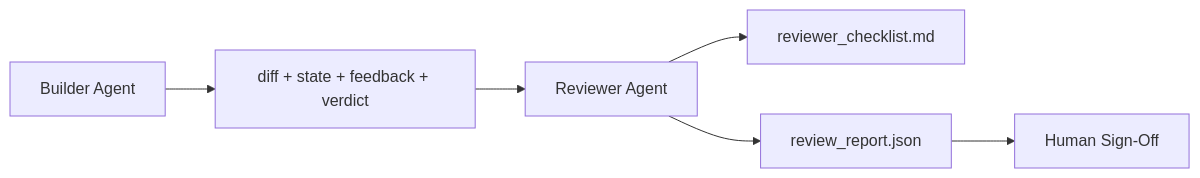
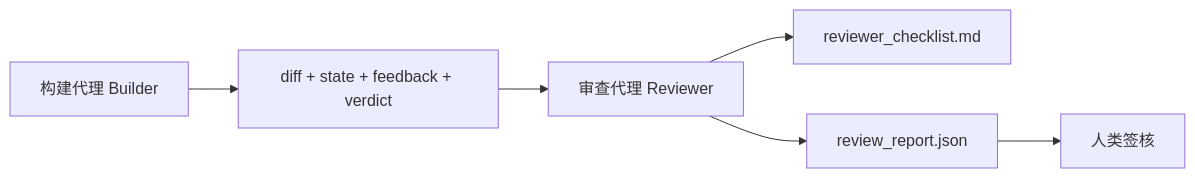
Before and after one commit to husky1102/ai-engineering-from-scratch-zh: the diagram in phases/14-agent-engineering/39-reviewer-agent/docs/zh-CN.md, drawn with Mermaid. The commit also changed other lines of this file and 4 other files, not shown here.

Commit message:
fix(phase-14/39): polish reviewer agent lesson

````diff
--- a/phases/14-agent-engineering/39-reviewer-agent/docs/zh-CN.md
+++ b/phases/14-agent-engineering/39-reviewer-agent/docs/zh-CN.md
@@ -25,8 +25,8 @@
 ```mermaid
 flowchart LR
-  Builder[Builder Agent] --> Artifacts[diff + state + feedback + verdict]
-  Artifacts --> Reviewer[Reviewer Agent]
+  Builder[构建代理 Builder] --> Artifacts[diff + state + feedback + verdict]
+  Artifacts --> Reviewer[审查代理 Reviewer]
   Reviewer --> Rubric[reviewer_checklist.md]
   Reviewer --> Report[review_report.json]
-  Report --> Human[Human Sign-Off]
+  Report --> Human[人类签核]
 ```
````
